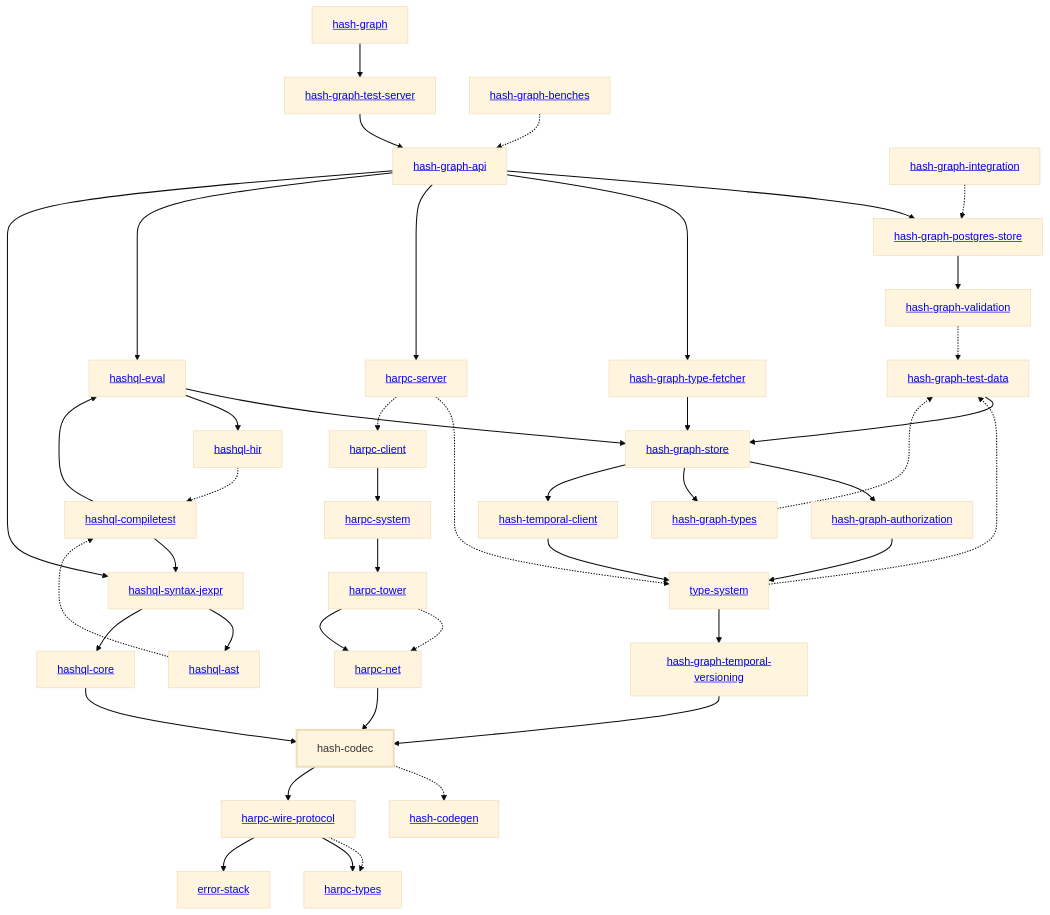
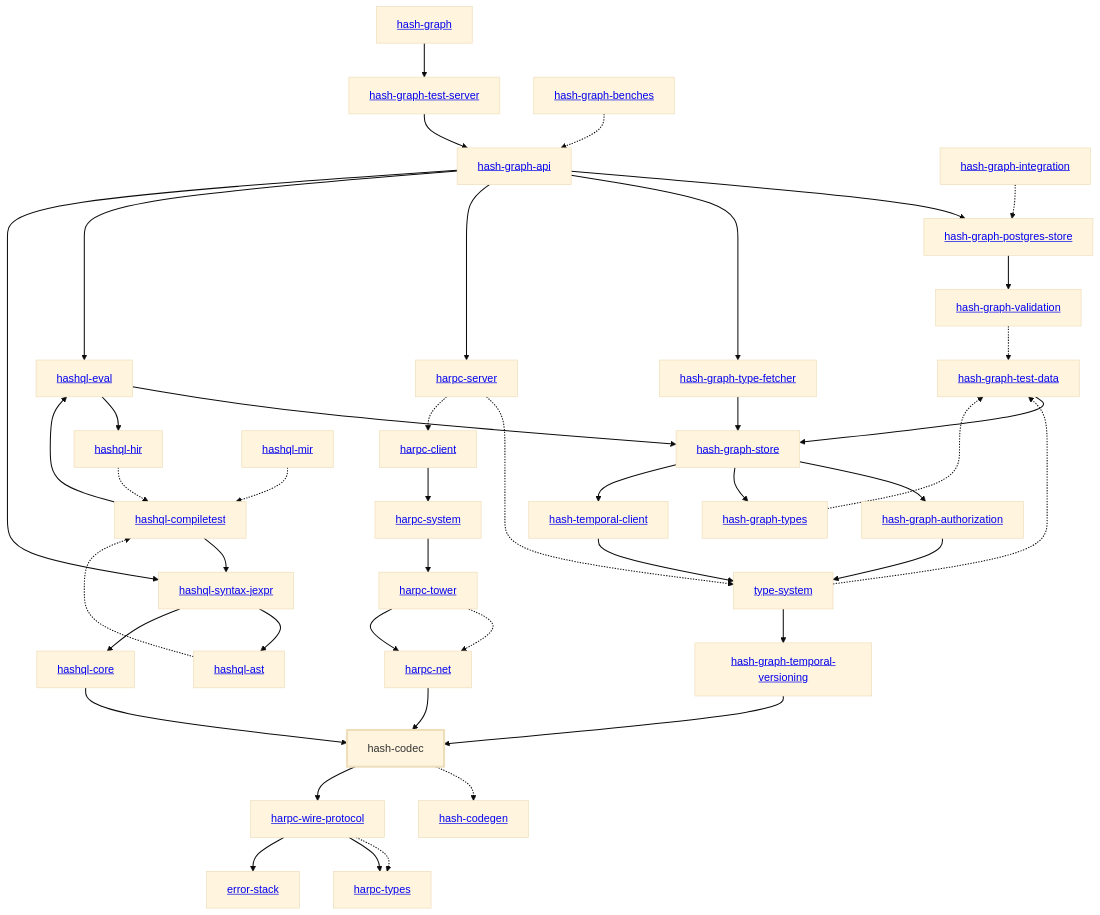
The diagram in libs/@local/codec/docs/dependency-diagram.mmd (hashintel/hash), drawn with Mermaid (base theme) before and after one commit. The commit also changed 25 other files, not shown here.

```diff
--- a/libs/@local/codec/docs/dependency-diagram.mmd
+++ b/libs/@local/codec/docs/dependency-diagram.mmd
@@ -1,85 +1,87 @@
 graph TD
     linkStyle default stroke-width:1.5px
     classDef default stroke-width:1px
     classDef root stroke-width:3px
     classDef dev stroke-width:1px
     classDef build stroke-width:1px
     %% Legend
     %% --> : Normal dependency
     %% -.-> : Dev dependency
     %% ---> : Build dependency
     0[<a href="../hash_graph/index.html">hash-graph</a>]
     1[<a href="../type_system/index.html">type-system</a>]
     2[hash-codec]
     class 2 root
     3[<a href="../hash_codegen/index.html">hash-codegen</a>]
     4[<a href="../hash_graph_api/index.html">hash-graph-api</a>]
     5[<a href="../hash_graph_authorization/index.html">hash-graph-authorization</a>]
     6[<a href="../hash_graph_postgres_store/index.html">hash-graph-postgres-store</a>]
     7[<a href="../hash_graph_store/index.html">hash-graph-store</a>]
     8[<a href="../hash_graph_temporal_versioning/index.html">hash-graph-temporal-versioning</a>]
     9[<a href="../hash_graph_test_server/index.html">hash-graph-test-server</a>]
     10[<a href="../hash_graph_type_fetcher/index.html">hash-graph-type-fetcher</a>]
     11[<a href="../hash_graph_types/index.html">hash-graph-types</a>]
     12[<a href="../hash_graph_validation/index.html">hash-graph-validation</a>]
     13[<a href="../harpc_client/index.html">harpc-client</a>]
     14[<a href="../harpc_net/index.html">harpc-net</a>]
     15[<a href="../harpc_server/index.html">harpc-server</a>]
     16[<a href="../harpc_system/index.html">harpc-system</a>]
     17[<a href="../harpc_tower/index.html">harpc-tower</a>]
     18[<a href="../harpc_types/index.html">harpc-types</a>]
     19[<a href="../harpc_wire_protocol/index.html">harpc-wire-protocol</a>]
     20[<a href="../hashql_ast/index.html">hashql-ast</a>]
     21[<a href="../hashql_compiletest/index.html">hashql-compiletest</a>]
     22[<a href="../hashql_core/index.html">hashql-core</a>]
     23[<a href="../hashql_eval/index.html">hashql-eval</a>]
     24[<a href="../hashql_hir/index.html">hashql-hir</a>]
-    25[<a href="../hashql_syntax_jexpr/index.html">hashql-syntax-jexpr</a>]
-    26[<a href="../hash_temporal_client/index.html">hash-temporal-client</a>]
-    27[<a href="../error_stack/index.html">error-stack</a>]
-    28[<a href="../hash_graph_benches/index.html">hash-graph-benches</a>]
-    29[<a href="../hash_graph_integration/index.html">hash-graph-integration</a>]
-    30[<a href="../hash_graph_test_data/index.html">hash-graph-test-data</a>]
+    25[<a href="../hashql_mir/index.html">hashql-mir</a>]
+    26[<a href="../hashql_syntax_jexpr/index.html">hashql-syntax-jexpr</a>]
+    27[<a href="../hash_temporal_client/index.html">hash-temporal-client</a>]
+    28[<a href="../error_stack/index.html">error-stack</a>]
+    29[<a href="../hash_graph_benches/index.html">hash-graph-benches</a>]
+    30[<a href="../hash_graph_integration/index.html">hash-graph-integration</a>]
+    31[<a href="../hash_graph_test_data/index.html">hash-graph-test-data</a>]
     0 --> 9
     1 --> 8
-    1 -.-> 30
+    1 -.-> 31
     2 -.-> 3
     2 --> 19
     4 --> 6
     4 --> 10
     4 --> 15
     4 --> 23
-    4 --> 25
+    4 --> 26
     5 --> 1
     6 --> 12
     7 --> 5
     7 --> 11
-    7 --> 26
+    7 --> 27
     8 --> 2
     9 --> 4
     10 --> 7
-    11 -.-> 30
-    12 -.-> 30
+    11 -.-> 31
+    12 -.-> 31
     13 --> 16
     14 --> 2
     15 -.-> 1
     15 -.-> 13
     16 --> 17
     17 -.-> 14
     17 --> 14
     19 -.-> 18
     19 --> 18
-    19 --> 27
+    19 --> 28
     20 -.-> 21
     21 --> 23
-    21 --> 25
+    21 --> 26
     22 --> 2
     23 --> 7
     23 --> 24
     24 -.-> 21
-    25 --> 20
-    25 --> 22
-    26 --> 1
-    28 -.-> 4
-    29 -.-> 6
-    30 --> 7
+    25 -.-> 21
+    26 --> 20
+    26 --> 22
+    27 --> 1
+    29 -.-> 4
+    30 -.-> 6
+    31 --> 7
```
